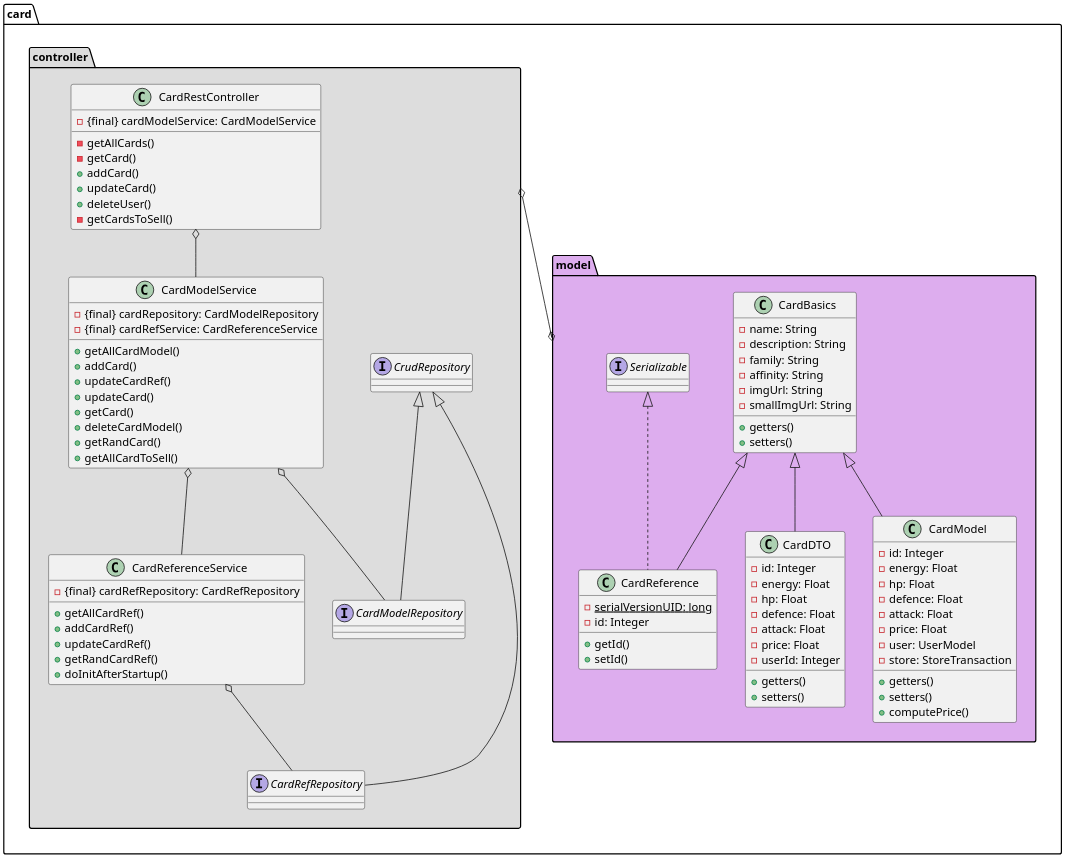
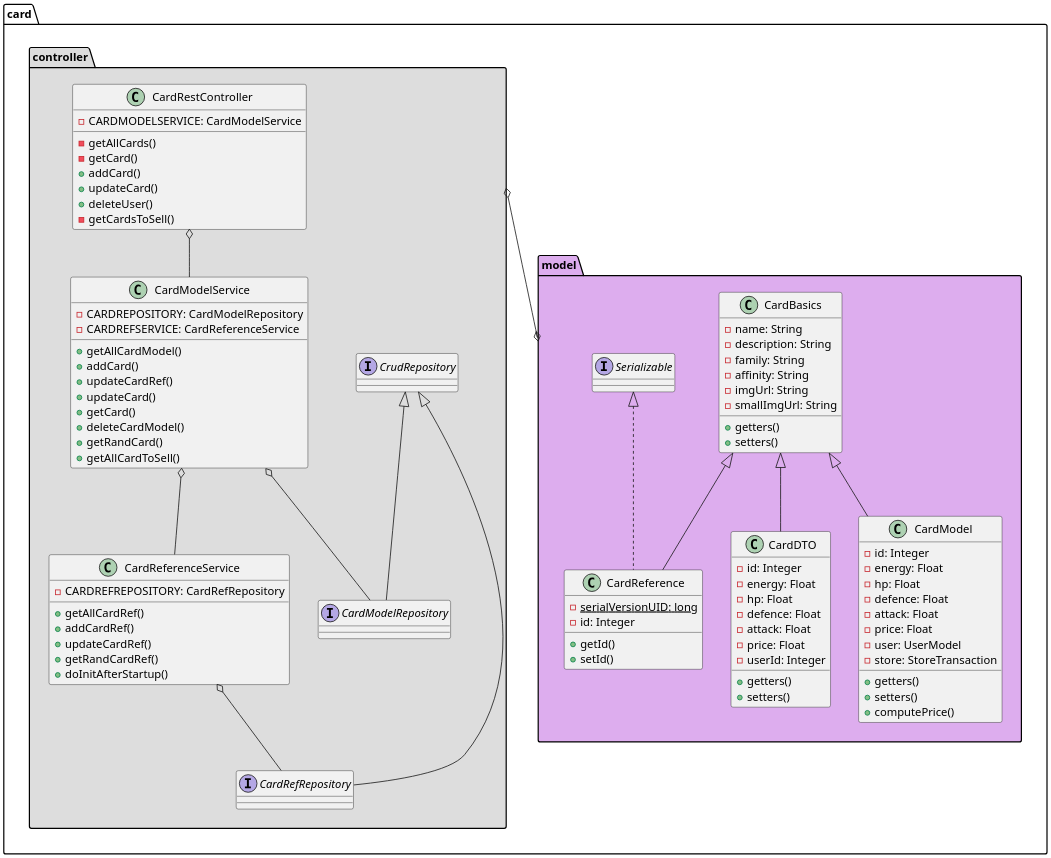
The diagram in card_uml.wsd (PetitYohan/ASI-2), drawn with PlantUML before and after one commit. The commit also changed 2 other files, not shown here.

Commit message:
card, store and user uml update

```diff
--- a/card_uml.wsd
+++ b/card_uml.wsd
@@ -1,93 +1,93 @@
 @startuml
 scale 2
 
 namespace card.model #DDADEE{
     class CardBasics {
         - name: String 
         - description: String
         - family: String
         - affinity: String
         - imgUrl: String
         - smallImgUrl: String
         + getters()
         + setters()
     }
 
     class CardDTO extends CardBasics{
         - id: Integer
         - energy: Float
         - hp: Float
         - defence: Float
         - attack: Float
         - price: Float
         - userId: Integer
         + getters()
         + setters()
     }
 
     class CardModel extends CardBasics{
         - id: Integer
         - energy: Float
         - hp: Float
         - defence: Float
         - attack: Float
         - price: Float
         - user: UserModel
         - store: StoreTransaction
         + getters()
         + setters()
         + computePrice()
     }
 
     class CardReference extends CardBasics implements Serializable {
         - {static} serialVersionUID: long
         - id: Integer
         + getId()
         + setId()
     }
 }
 
 namespace card.controller #DDDDDD{
     class CardReferenceService{
-        - {final} cardRefRepository: CardRefRepository
+        - CARDREFREPOSITORY: CardRefRepository
         + getAllCardRef()
         + addCardRef()
         + updateCardRef()
         + getRandCardRef()
         + doInitAfterStartup()
     }
     CardReferenceService o-- CardRefRepository
 
     class CardModelService{
-        - {final} cardRepository: CardModelRepository
-        - {final} cardRefService: CardReferenceService
+        - CARDREPOSITORY: CardModelRepository
+        - CARDREFSERVICE: CardReferenceService
         + getAllCardModel()
         + addCard()
         + updateCardRef()
         + updateCard()
         + getCard()
         + deleteCardModel()
         + getRandCard()
         + getAllCardToSell()
     }
     CardModelService o-- CardModelRepository
     CardModelService o-- CardReferenceService
 
     interface CardRefRepository extends CrudRepository{}
 
     interface CardModelRepository extends CrudRepository{}
 
     class CardRestController{
-        - {final} cardModelService: CardModelService
+        - CARDMODELSERVICE: CardModelService
         - getAllCards()
         - getCard()
         + addCard()
         + updateCard()
         + deleteUser()
         - getCardsToSell()
     }
     CardRestController o-- CardModelService
 }
 
 card.controller o--o card.model
 @enduml
```
